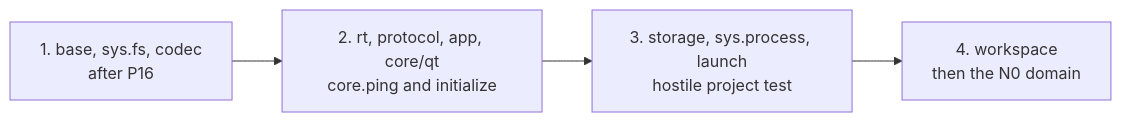
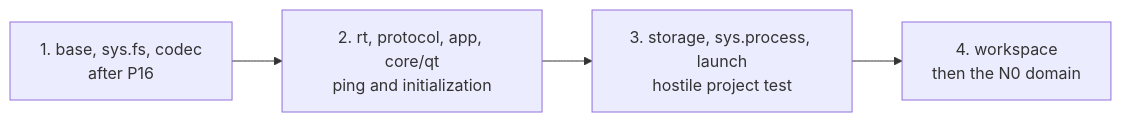
One commit to ViktorWalde/KineinVectis changed the diagram in docs/requirements/functional-requirements.md. Above: the diagram before and after it, drawn with Mermaid. The commit also changed other lines of this file and 5 other files, not shown here.

````diff
--- a/docs/requirements/functional-requirements.md
+++ b/docs/requirements/functional-requirements.md
@@ -98,6 +98,6 @@
 ```mermaid
 flowchart LR
-    S1["1. base, sys.fs, codec<br/>after P16"] --> S2["2. rt, protocol, app, core/qt<br/>core.ping and initialize"]
+    S1["1. base, sys.fs, codec<br/>after P16"] --> S2["2. rt, protocol, app, core/qt<br/>ping and initialization"]
     S2 --> S3["3. storage, sys.process, launch<br/>hostile project test"]
     S3 --> S4["4. workspace<br/>then the N0 domain"]
 ```
````
